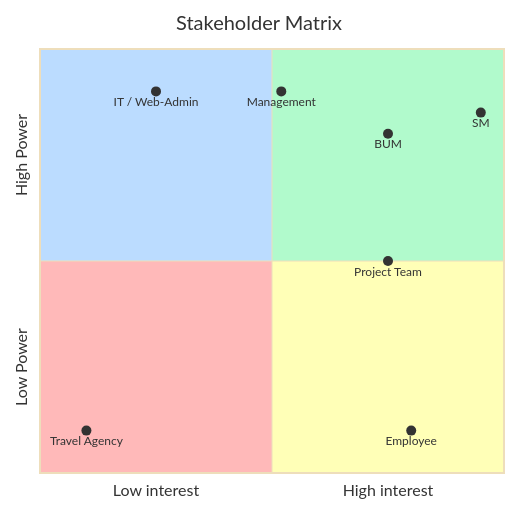
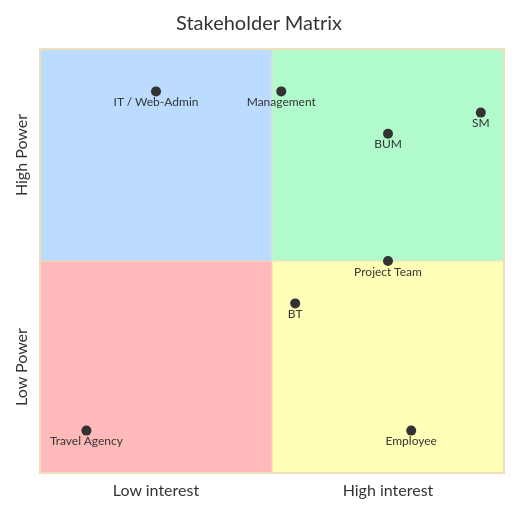
The first of 3 diagrams in docs/project_charta.qmd (podsv-fs26-ad24/ad24-10-fancyproject), drawn with Mermaid before and after one commit. The commit also changed other lines of this file and 4 other files, not shown here.

````diff
--- a/docs/project_charta.qmd
+++ b/docs/project_charta.qmd
@@ -68,16 +69,17 @@
 ```{mermaid}
 %%{init: {"theme": "base", "themeVariables": {"quadrant1Fill": "#b1facc", "quadrant2Fill": "#bbdcff", "quadrant3Fill": "#ffb9b9" , "quadrant4Fill": "#ffffb7"}}}%%
 quadrantChart
     title Stakeholder Matrix
     x-axis "Low interest" --> "High interest"
     y-axis "Low Power" --> "High Power"
 
     "SM": [0.95, 0.85]
     "Management": [0.52, 0.90]
     "BUM": [0.75, 0.80]
     "Project Team": [0.75, 0.50]
     "IT / Web-Admin": [0.25, 0.90]
     "Employee": [0.80, 0.10]
     "Travel Agency": [0.10, 0.10]
+    "BT": [0.55, 0.4]
 
 ```
````
